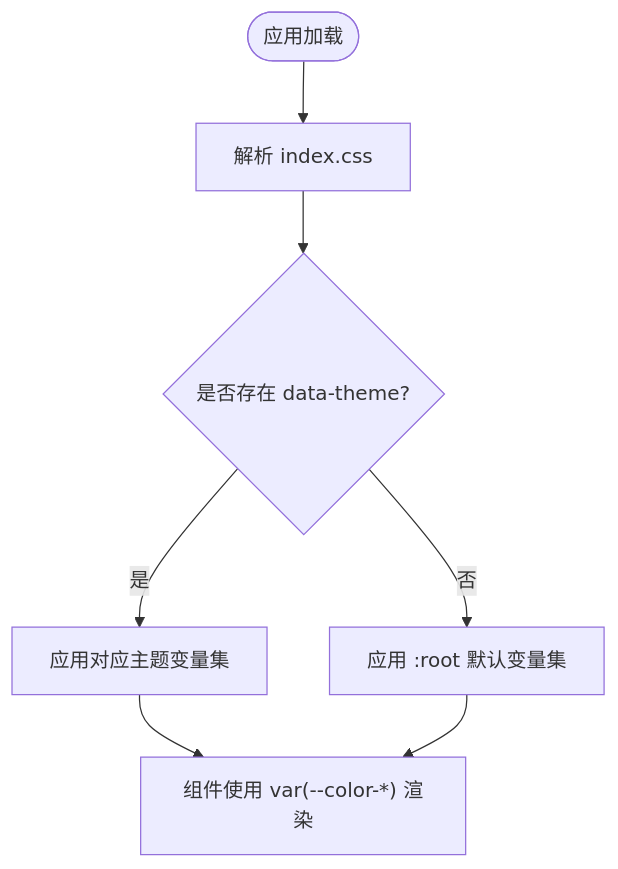
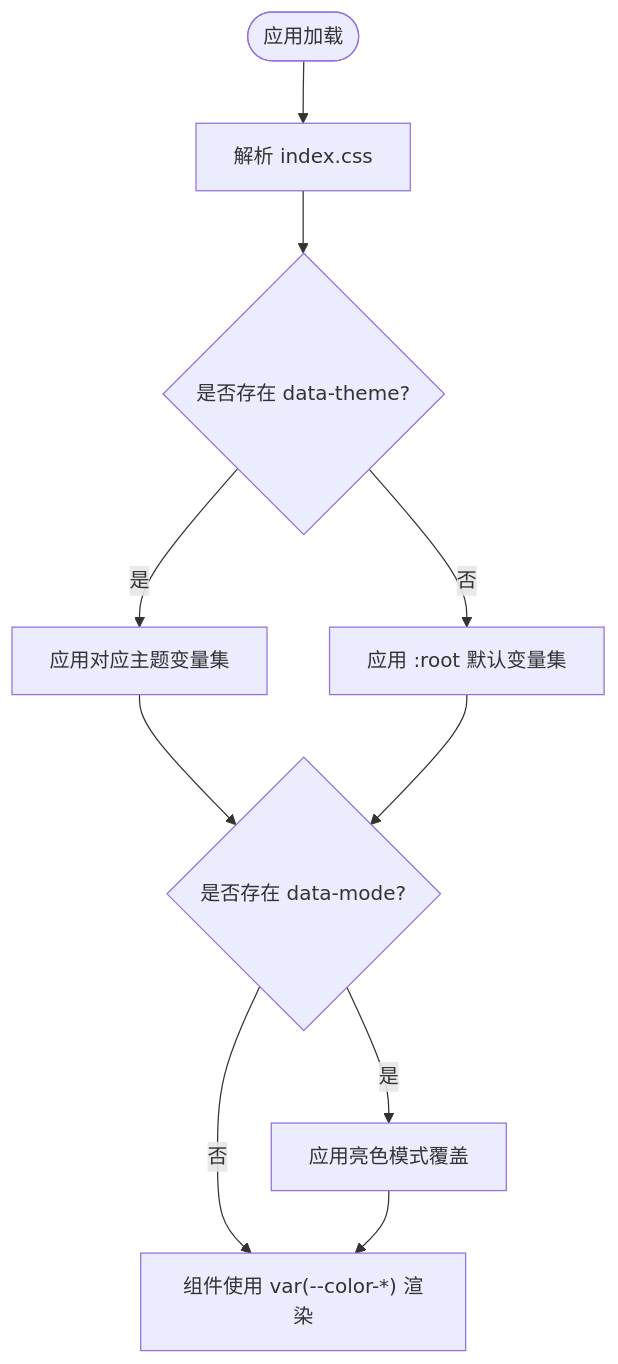
Before and after one commit to billye220670/AIShop: the third of 5 diagrams in .qoder/repowiki/zh/content/配置管理/主题配置系统.md, drawn with Mermaid. The commit also changed other lines of this file and 44 other files, not shown here.

````diff
--- a/.qoder/repowiki/zh/content/配置管理/主题配置系统.md
+++ b/.qoder/repowiki/zh/content/配置管理/主题配置系统.md
@@ -113,9 +143,12 @@
 ```mermaid
 flowchart TD
 Start(["应用加载"]) --> ReadCSS["解析 index.css"]
 ReadCSS --> ApplyVars{"是否存在 data-theme?"}
 ApplyVars --> |是| UseTheme["应用对应主题变量集"]
 ApplyVars --> |否| UseDefault["应用 :root 默认变量集"]
-UseTheme --> Render["组件使用 var(--color-*) 渲染"]
-UseDefault --> Render
+UseTheme --> CheckMode{"是否存在 data-mode?"}
+CheckMode --> |是| ApplyMode["应用亮色模式覆盖"]
+CheckMode --> |否| Render["组件使用 var(--color-*) 渲染"]
+ApplyMode --> Render
+UseDefault --> CheckMode
 ```
````
